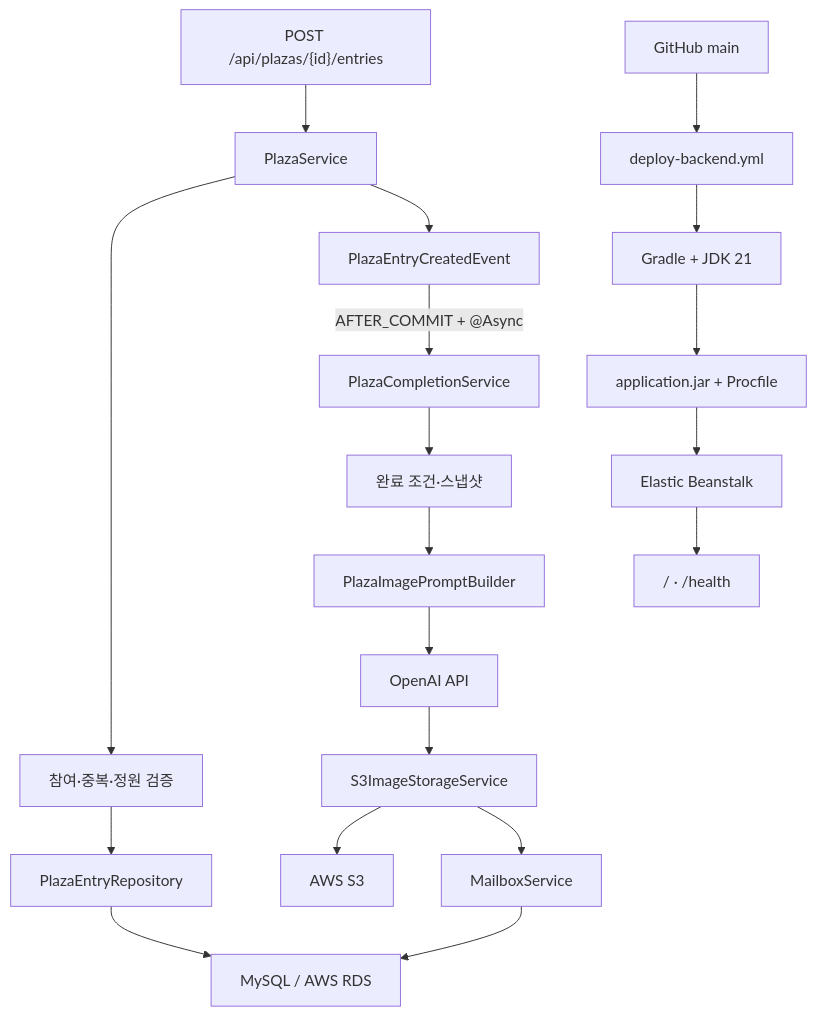
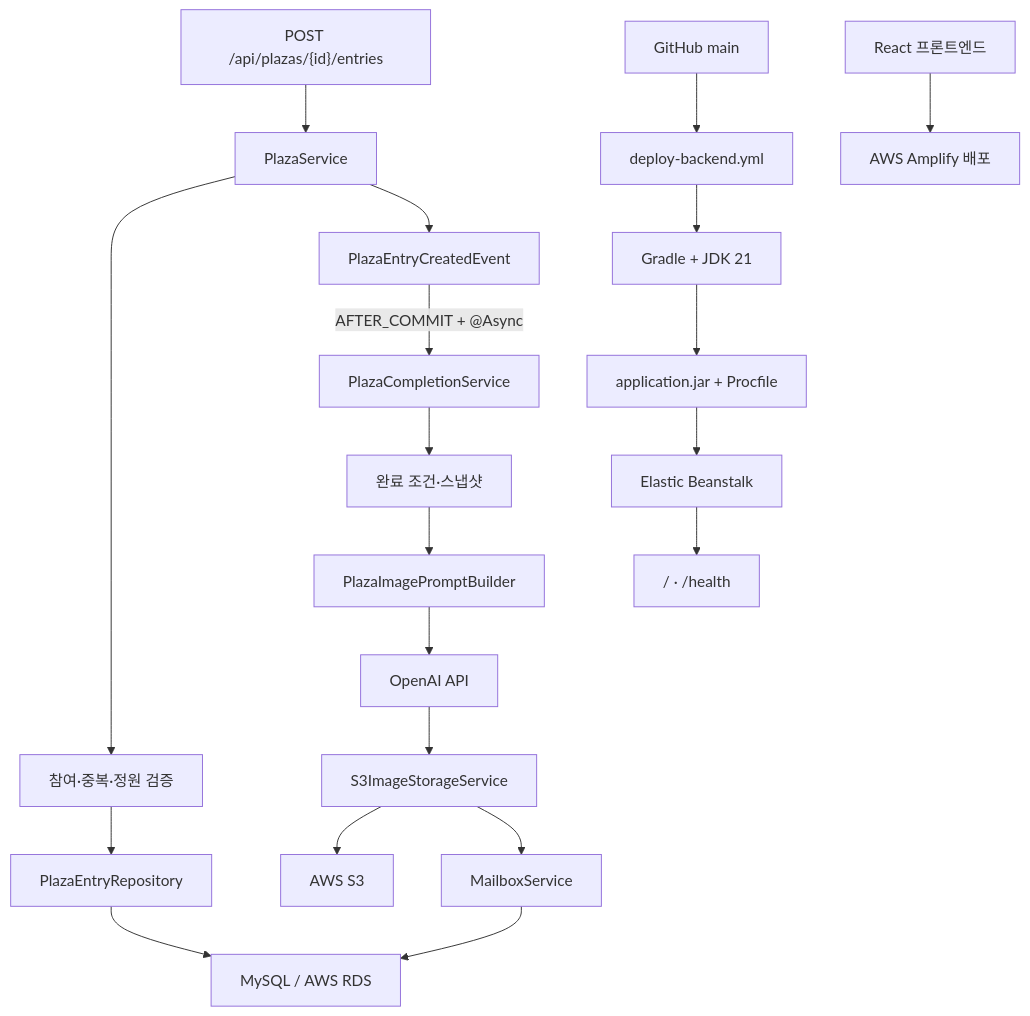
The fourth of 9 diagrams in docs/ARCHITECTURE.md (junyeong2107/weather-of-the-heart-portfolio), drawn with Mermaid before and after one commit. The commit also changed other lines of this file and 3 other files, not shown here.

````diff
--- a/docs/ARCHITECTURE.md
+++ b/docs/ARCHITECTURE.md
@@ -128,23 +129,25 @@
 ```mermaid
 flowchart TB
     Request["POST /api/plazas/{id}/entries"] --> Service["PlazaService"]
     Service --> Validate["참여·중복·정원 검증"]
     Validate --> EntryRepo["PlazaEntryRepository"]
     EntryRepo --> DB["MySQL / AWS RDS"]
     Service --> Event["PlazaEntryCreatedEvent"]
 
     Event -->|"AFTER_COMMIT + @Async"| Completion["PlazaCompletionService"]
     Completion --> Snapshot["완료 조건·스냅샷"]
     Snapshot --> Prompt["PlazaImagePromptBuilder"]
     Prompt --> AI["OpenAI API"]
     AI --> Storage["S3ImageStorageService"]
     Storage --> S3["AWS S3"]
     Storage --> LetterService["MailboxService"]
     LetterService --> DB
 
     Source["GitHub main"] --> Actions["deploy-backend.yml"]
     Actions --> Build["Gradle + JDK 21"]
     Build --> Package["application.jar + Procfile"]
     Package --> EB["Elastic Beanstalk"]
     EB --> Health["/ · /health"]
+
+    Frontend["React 프론트엔드"] --> Amplify["AWS Amplify 배포"]
 ```
````
